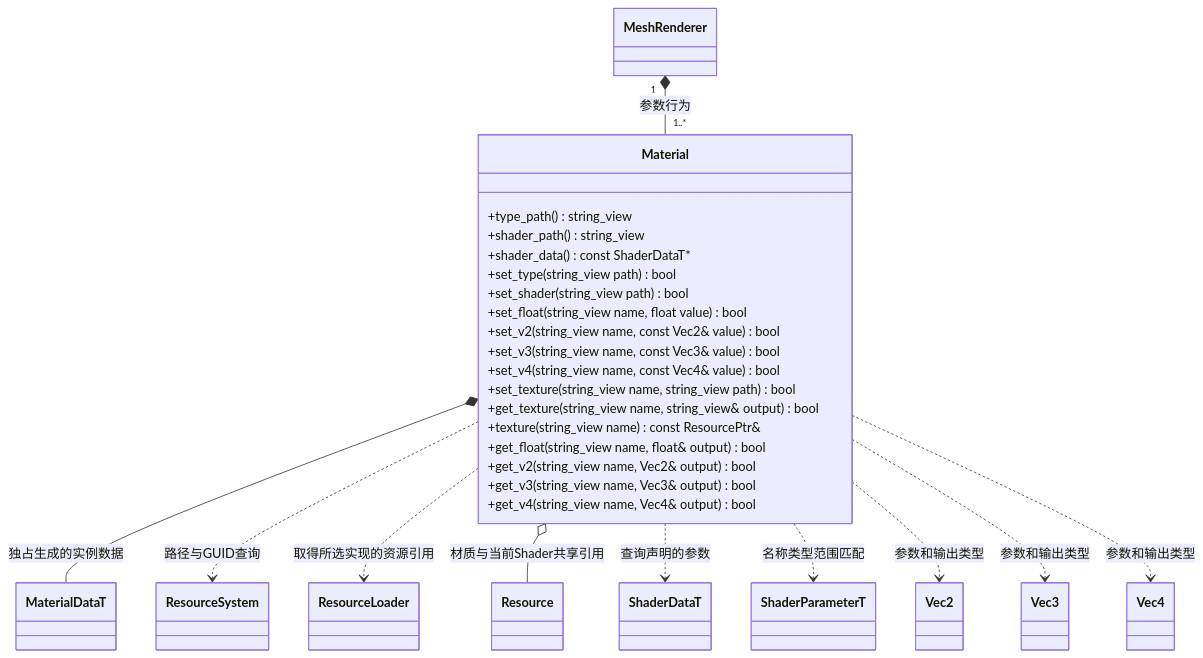
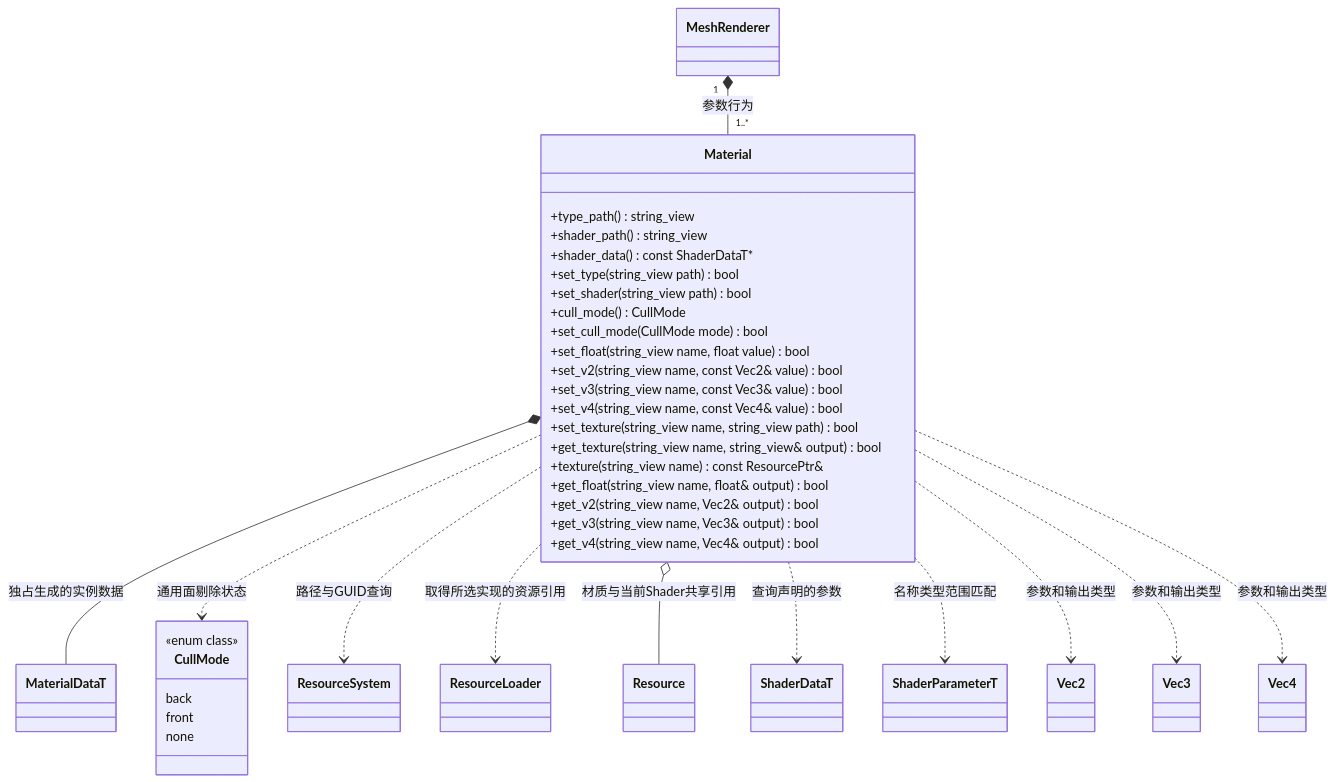
One commit to lcals/Engine changed the diagram in docs/runtime/class-diagrams/material.md. Above: the diagram before and after it, drawn with Mermaid. The commit also changed other lines of this file and 93 other files, not shown here.

````diff
--- a/docs/runtime/class-diagrams/material.md
+++ b/docs/runtime/class-diagrams/material.md
@@ -5,41 +5,50 @@
 ```mermaid
 classDiagram
     class Material {
         +type_path() string_view
         +shader_path() string_view
         +shader_data() const ShaderDataT#42;
         +set_type(string_view path) bool
         +set_shader(string_view path) bool
+        +cull_mode() CullMode
+        +set_cull_mode(CullMode mode) bool
         +set_float(string_view name, float value) bool
         +set_v2(string_view name, const Vec2& value) bool
         +set_v3(string_view name, const Vec3& value) bool
         +set_v4(string_view name, const Vec4& value) bool
         +set_texture(string_view name, string_view path) bool
         +get_texture(string_view name, string_view& output) bool
         +texture(string_view name) const ResourcePtr&
         +get_float(string_view name, float& output) bool
         +get_v2(string_view name, Vec2& output) bool
         +get_v3(string_view name, Vec3& output) bool
         +get_v4(string_view name, Vec4& output) bool
     }
     class MeshRenderer
     class ResourceSystem
     class ResourceLoader
     class Resource
     class MaterialDataT
+    class CullMode {
+        <<enum class>>
+        back
+        front
+        none
+    }
     class ShaderDataT
     class ShaderParameterT
     class Vec2
     class Vec3
     class Vec4
     MeshRenderer "1" *-- "1..*" Material : 参数行为
     Material *-- MaterialDataT : 独占生成的实例数据
+    Material ..> CullMode : 通用面剔除状态
     Material ..> ResourceSystem : 路径与GUID查询
     Material ..> ResourceLoader : 取得所选实现的资源引用
     Material o-- Resource : 材质与当前Shader共享引用
     Material ..> ShaderDataT : 查询声明的参数
     Material ..> ShaderParameterT : 名称类型范围匹配
     Material ..> Vec2 : 参数和输出类型
     Material ..> Vec3 : 参数和输出类型
     Material ..> Vec4 : 参数和输出类型
 ```
````
